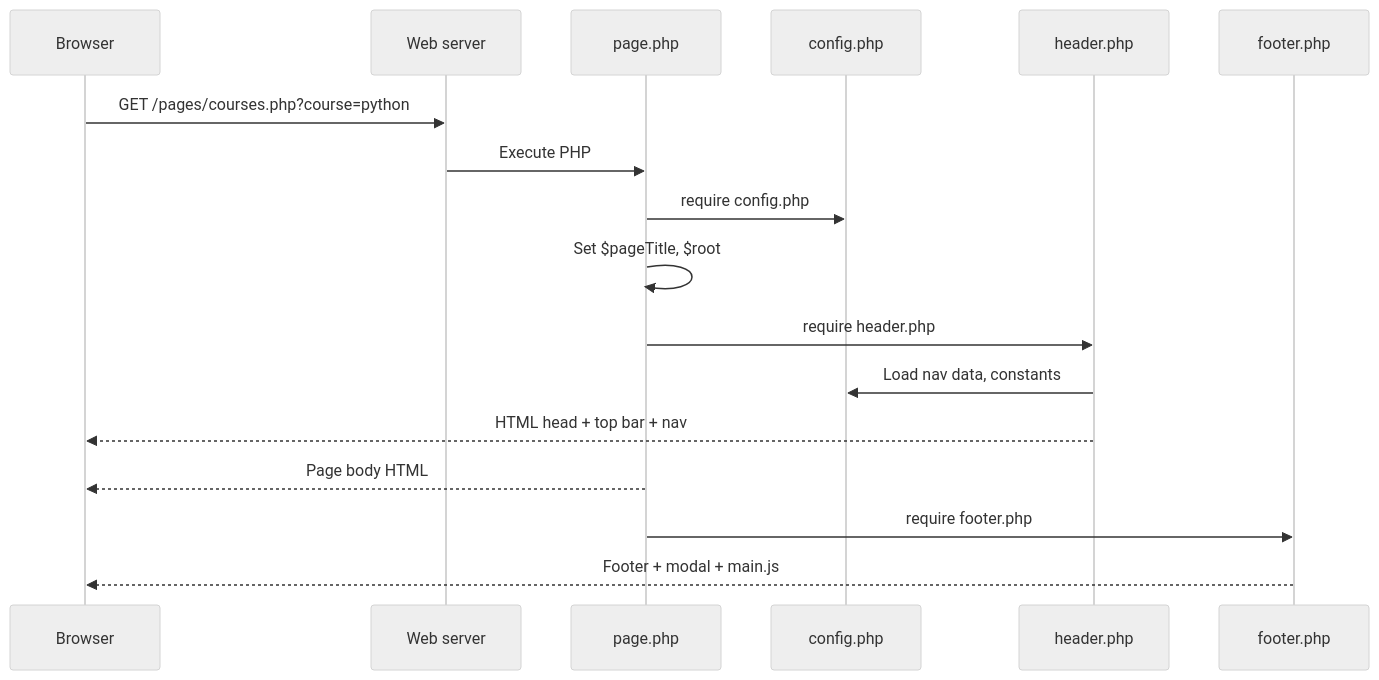
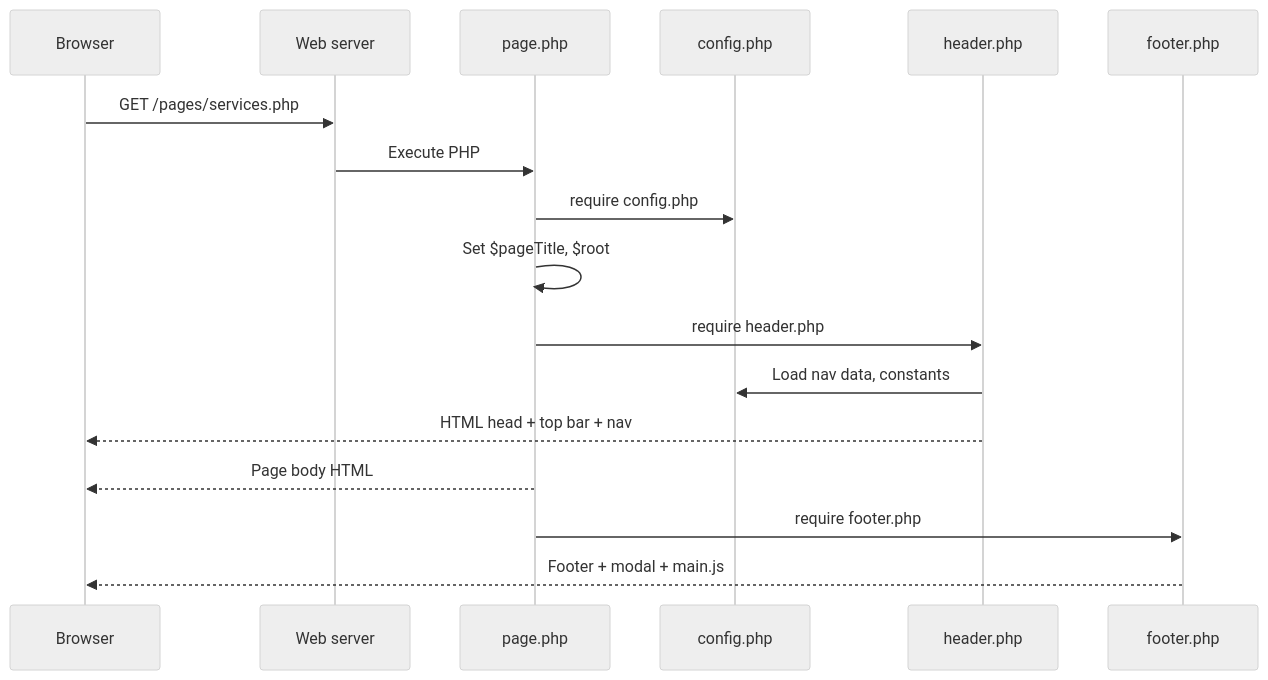
Before and after one commit to gagandeep2299/JMMGINFO: the second of 8 diagrams in docs/SYSTEM_DESIGN.md, drawn with Mermaid (neutral theme). The commit also changed other lines of this file and 18 other files, not shown here.

````diff
--- a/docs/SYSTEM_DESIGN.md
+++ b/docs/SYSTEM_DESIGN.md
@@ -109,20 +109,20 @@
 ```mermaid
 sequenceDiagram
     participant B as Browser
     participant W as Web server
     participant P as page.php
     participant C as config.php
     participant H as header.php
     participant F as footer.php
 
-    B->>W: GET /pages/courses.php?course=python
+    B->>W: GET /pages/services.php
     W->>P: Execute PHP
     P->>C: require config.php
     P->>P: Set $pageTitle, $root
     P->>H: require header.php
     H->>C: Load nav data, constants
     H-->>B: HTML head + top bar + nav
     P-->>B: Page body HTML
     P->>F: require footer.php
     F-->>B: Footer + modal + main.js
 ```
````
